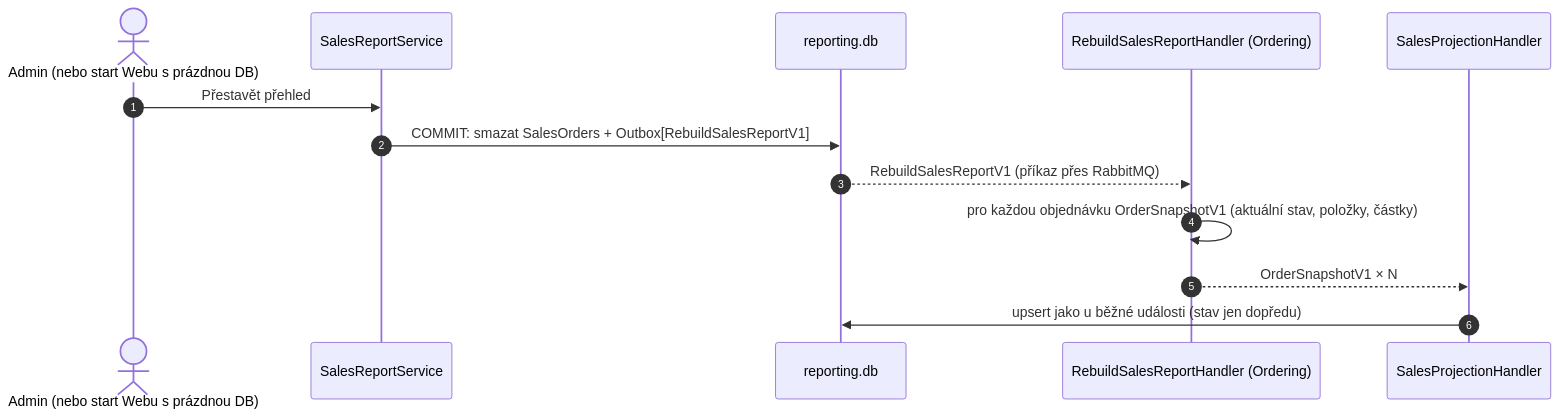
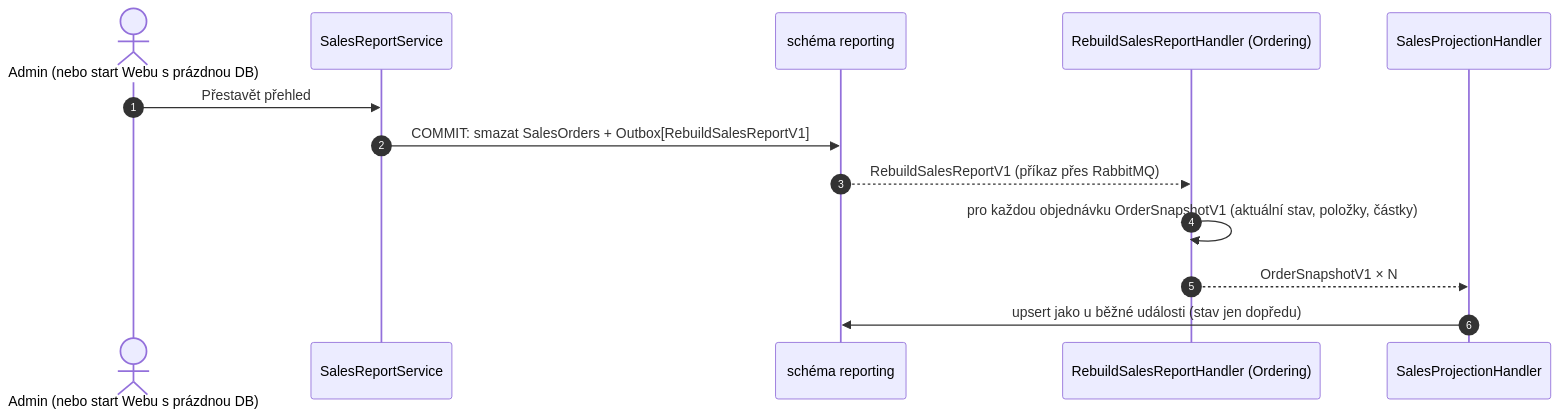
Before and after one commit to ftichy/MiniShop: the second of 2 diagrams in docs/prirucka/eda/cqrs.md, drawn with Mermaid. The commit also changed other lines of this file and 248 other files, not shown here.

````diff
--- a/docs/prirucka/eda/cqrs.md
+++ b/docs/prirucka/eda/cqrs.md
@@ -55,16 +55,16 @@
 ```mermaid
 sequenceDiagram
     autonumber
     actor A as Admin (nebo start Webu s prázdnou DB)
     participant S as SalesReportService
-    participant RDB as reporting.db
+    participant RDB as schéma reporting
     participant O as RebuildSalesReportHandler (Ordering)
     participant R as SalesProjectionHandler
 
     A->>S: Přestavět přehled
     S->>RDB: COMMIT: smazat SalesOrders + Outbox[RebuildSalesReportV1]
     RDB-->>O: RebuildSalesReportV1 (příkaz přes RabbitMQ)
     O->>O: pro každou objednávku OrderSnapshotV1 (aktuální stav, položky, částky)
     O-->>R: OrderSnapshotV1 × N
     R->>RDB: upsert jako u běžné události (stav jen dopředu)
 ```
````
